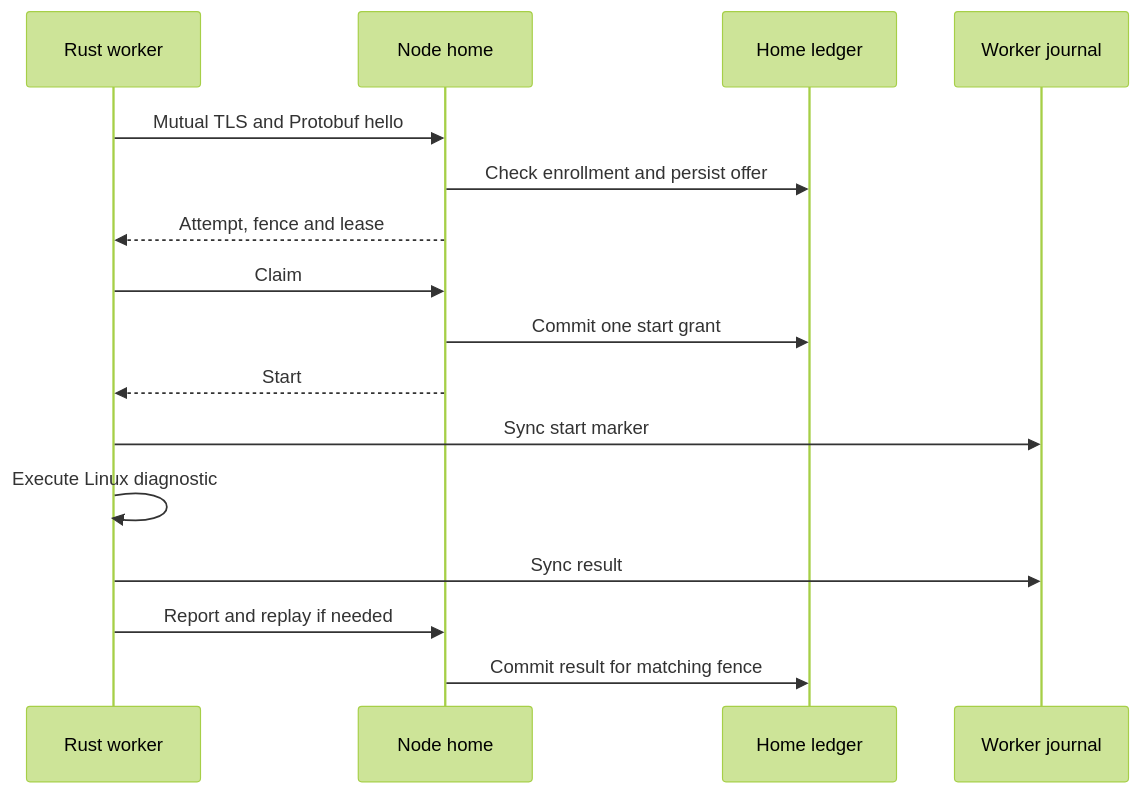
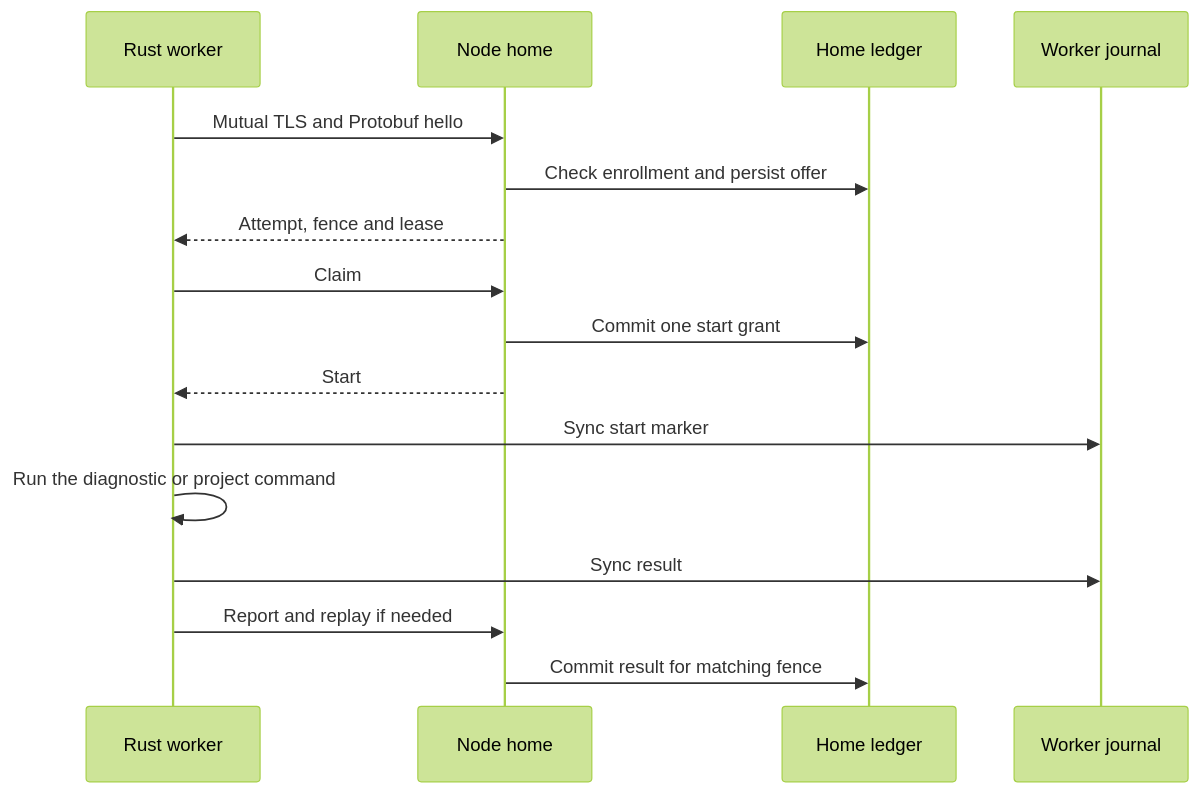
The diagram in packages/worker-protocol/README.md (AltharIDE/althar), drawn with Mermaid (forest theme) before and after one commit. The commit also changed other lines of this file and 4 other files, not shown here.

````diff
--- a/packages/worker-protocol/README.md
+++ b/packages/worker-protocol/README.md
@@ -22,18 +13,18 @@
 ```mermaid
 sequenceDiagram
     participant W as Rust worker
     participant H as Node home
     participant L as Home ledger
     participant J as Worker journal
     W->>H: Mutual TLS and Protobuf hello
     H->>L: Check enrollment and persist offer
     H-->>W: Attempt, fence and lease
     W->>H: Claim
     H->>L: Commit one start grant
     H-->>W: Start
     W->>J: Sync start marker
-    W->>W: Execute Linux diagnostic
+    W->>W: Run the diagnostic or project command
     W->>J: Sync result
     W->>H: Report and replay if needed
     H->>L: Commit result for matching fence
 ```
````
